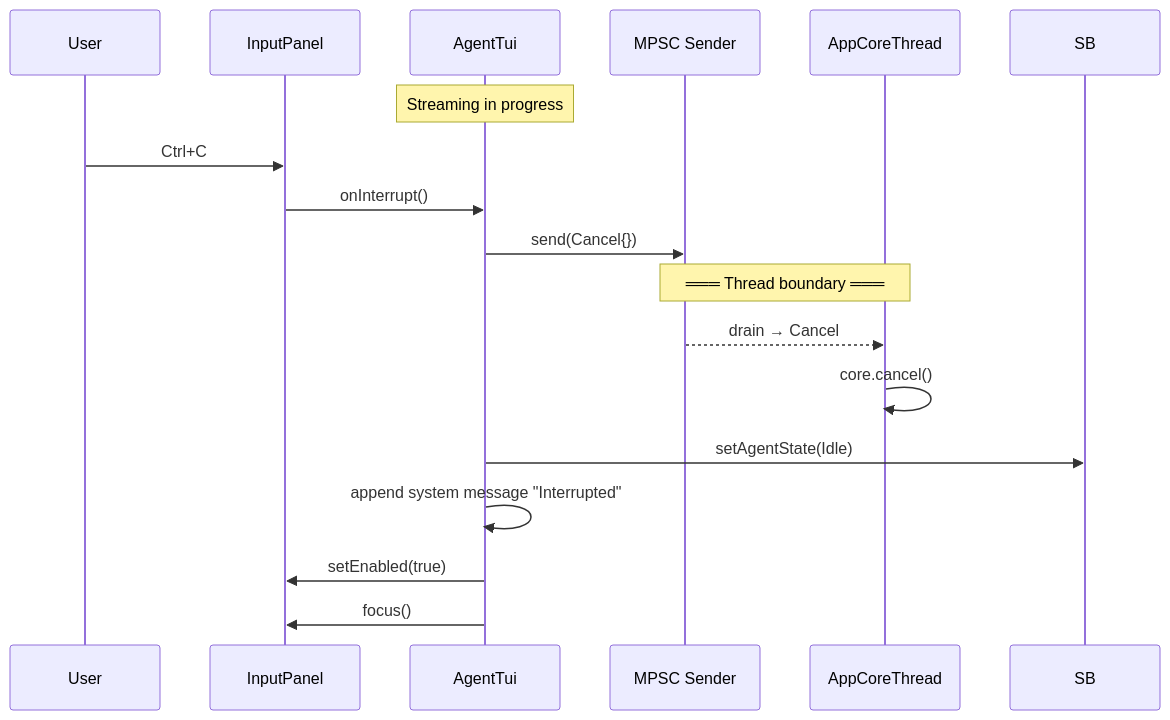
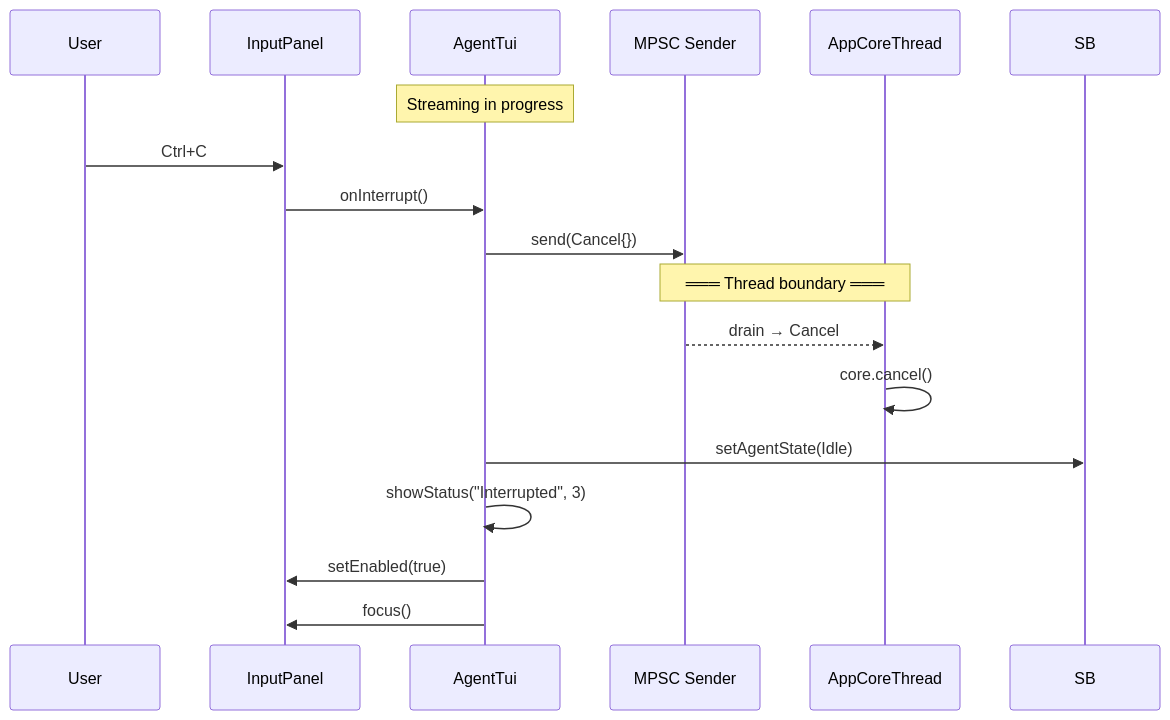
Before and after one commit to opensassi/a0: the fourth of 6 diagrams in src/tui/technical-specification.md, drawn with Mermaid. The commit also changed other lines of this file and 165 other files, not shown here.

````diff
--- a/src/tui/technical-specification.md
+++ b/src/tui/technical-specification.md
@@ -706,24 +745,24 @@
 ```mermaid
 sequenceDiagram
     participant User
     participant IP as InputPanel
     participant AT as AgentTui
     participant CMD as MPSC Sender
     participant ACT as AppCoreThread
 
     Note over AT: Streaming in progress
 
     User->>IP: Ctrl+C
     IP->>AT: onInterrupt()
     AT->>CMD: send(Cancel{})
 
     Note over CMD,ACT: ═══ Thread boundary ═══
 
     CMD-->>ACT: drain → Cancel
     ACT->>ACT: core.cancel()
 
     AT->>SB: setAgentState(Idle)
-    AT->>AT: append system message "Interrupted"
+    AT->>AT: showStatus("Interrupted", 3)
     AT->>IP: setEnabled(true)
     AT->>IP: focus()
 ```
````
